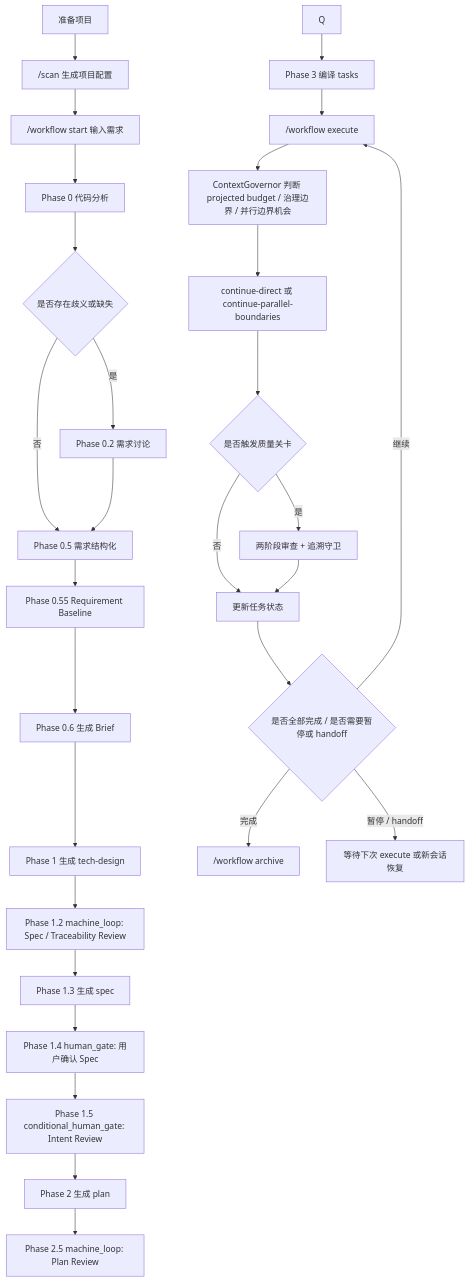
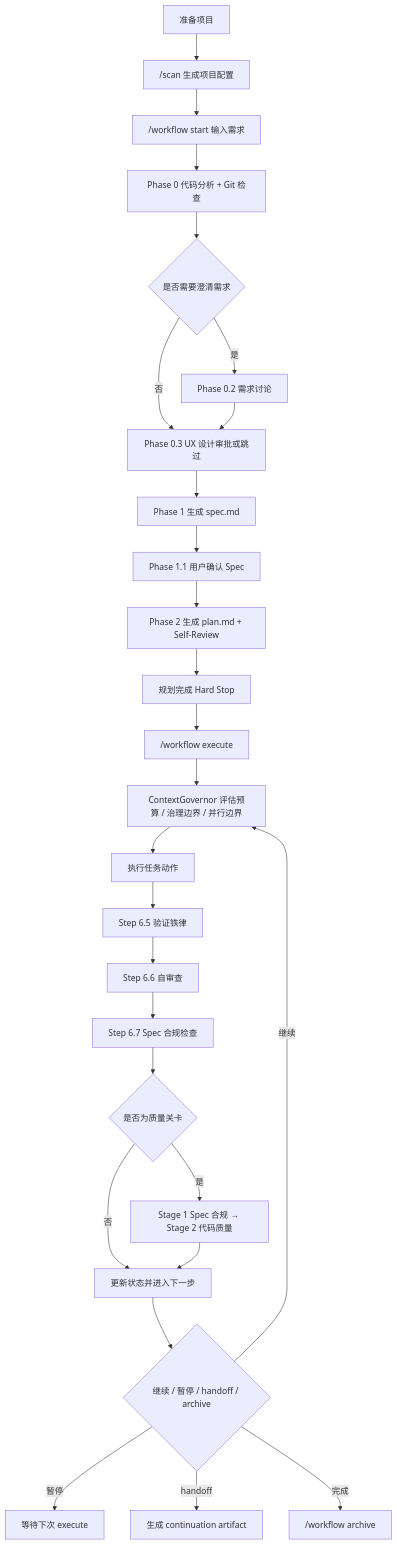
Before and after one commit to fan776783/claude-workflow: the diagram in README.md, drawn with Mermaid. The commit also changed other lines of this file and 39 other files, not shown here.

````diff
--- a/README.md
+++ b/README.md
@@ -78,31 +106,29 @@
 ```mermaid
 flowchart TD
     A["准备项目"] --> B["/scan 生成项目配置"]
     B --> C["/workflow start 输入需求"]
-    C --> D["Phase 0 代码分析"]
-    D --> E{"是否存在歧义或缺失"}
+    C --> D["Phase 0 代码分析 + Git 检查"]
+    D --> E{"是否需要澄清需求"}
     E -->|是| F["Phase 0.2 需求讨论"]
-    E -->|否| G["Phase 0.5 需求结构化"]
+    E -->|否| G["Phase 0.3 UX 设计审批或跳过"]
     F --> G
-    G --> H["Phase 0.55 Requirement Baseline"]
-    H --> I["Phase 0.6 生成 Brief"]
-    I --> J["Phase 1 生成 tech-design"]
-    J --> K["Phase 1.2 machine_loop: Spec / Traceability Review"]
-    K --> L["Phase 1.3 生成 spec"]
-    L --> M["Phase 1.4 human_gate: 用户确认 Spec"]
-    M --> N["Phase 1.5 conditional_human_gate: Intent Review"]
-    N --> O["Phase 2 生成 plan"]
-    O --> P["Phase 2.5 machine_loop: Plan Review"]
-    Q --> R["Phase 3 编译 tasks"]
-    R --> S["/workflow execute"]
-    S --> T["ContextGovernor 判断 projected budget / 治理边界 / 并行边界机会"]
-    T --> U["continue-direct 或 continue-parallel-boundaries"]
-    U --> V{"是否触发质量关卡"}
-    V -->|是| W["两阶段审查 + 追溯守卫"]
-    V -->|否| X["更新任务状态"]
-    W --> X
-    X --> Y{"是否全部完成 / 是否需要暂停或 handoff"}
-    Y -->|继续| S
-    Y -->|完成| Z["/workflow archive"]
-    Y -->|暂停 / handoff| AA["等待下次 execute 或新会话恢复"]
+    G --> H["Phase 1 生成 spec.md"]
+    H --> I["Phase 1.1 用户确认 Spec"]
+    I --> J["Phase 2 生成 plan.md + Self-Review"]
+    J --> K["规划完成 Hard Stop"]
+    K --> L["/workflow execute"]
+    L --> M["ContextGovernor 评估预算 / 治理边界 / 并行边界"]
+    M --> N["执行任务动作"]
+    N --> O["Step 6.5 验证铁律"]
+    O --> P["Step 6.6 自审查"]
+    P --> Q["Step 6.7 Spec 合规检查"]
+    Q --> R{"是否为质量关卡"}
+    R -->|是| S["Stage 1 Spec 合规 → Stage 2 代码质量"]
+    R -->|否| T["更新状态并进入下一步"]
+    S --> T
+    T --> U{"继续 / 暂停 / handoff / archive"}
+    U -->|继续| M
+    U -->|暂停| V["等待下次 execute"]
+    U -->|handoff| W["生成 continuation artifact"]
+    U -->|完成| X["/workflow archive"]
 ```
````
